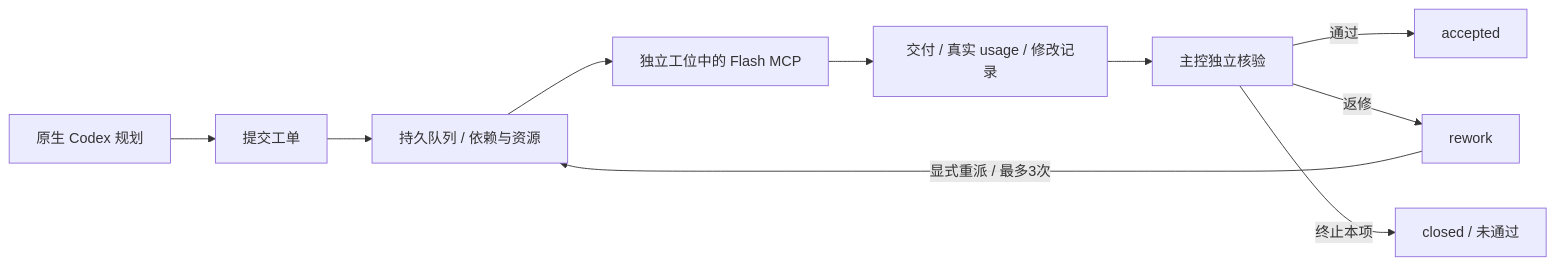
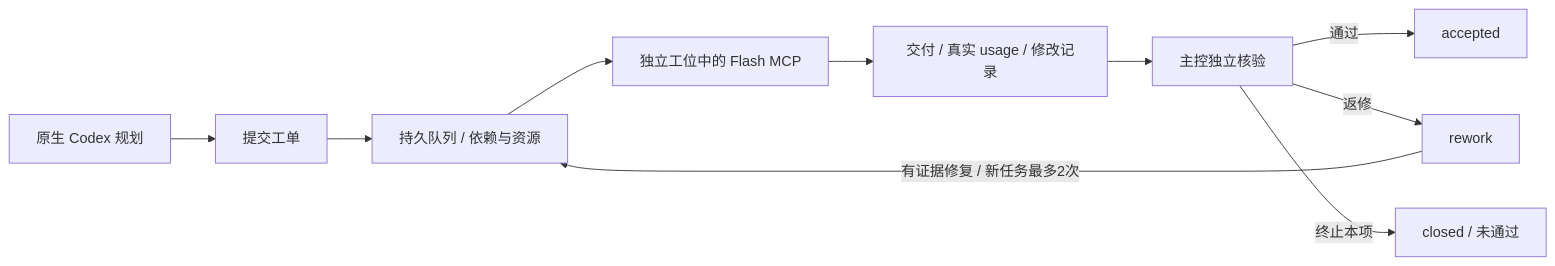
Before and after one commit to youdera/codex-agent-control: the diagram in README.md, drawn with Mermaid. The commit also changed other lines of this file and 11 other files, not shown here.

````diff
--- a/README.md
+++ b/README.md
@@ -66,12 +66,12 @@
 ```mermaid
 flowchart LR
     A[原生 Codex 规划] --> B[提交工单]
     B --> C[持久队列 / 依赖与资源]
     C --> D[独立工位中的 Flash MCP]
     D --> E[交付 / 真实 usage / 修改记录]
     E --> F[主控独立核验]
     F -->|通过| G[accepted]
     F -->|返修| H[rework]
-    H -->|显式重派 / 最多3次| C
+    H -->|有证据修复 / 新任务最多2次| C
     F -->|终止本项| I[closed / 未通过]
 ```
````
